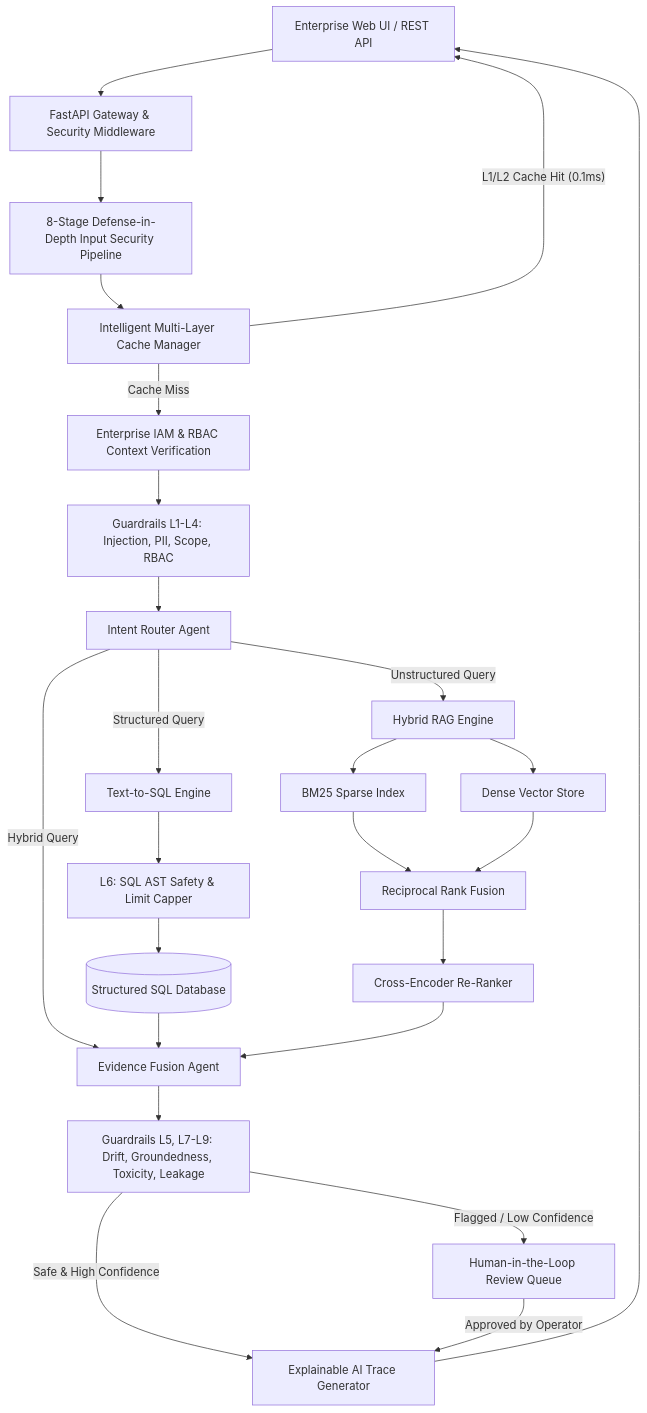
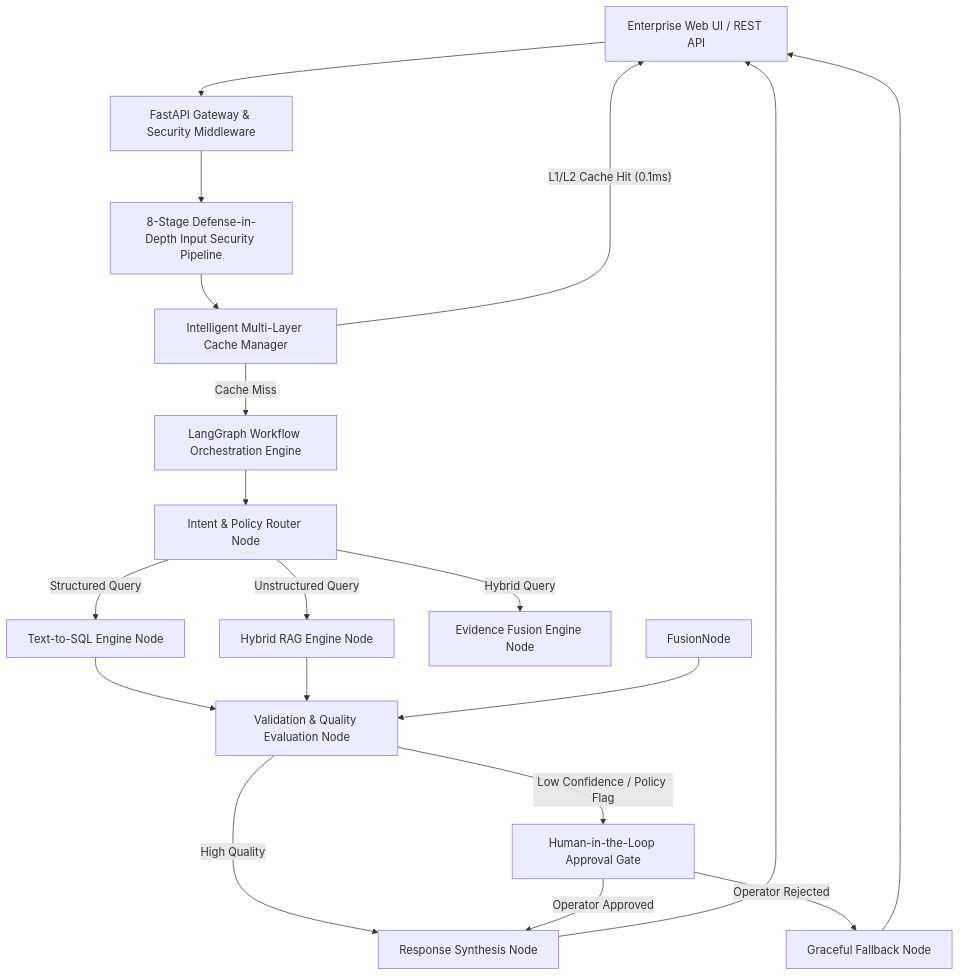
Before and after one commit to sreeram0343/ragtune: the first of 2 diagrams in README.md, drawn with Mermaid. The commit also changed other lines of this file, not shown here.

Commit message:
docs: update README with LangGraph Workflow Orchestration Engine architecture, state machine diagrams, and HITL resumption flows

````diff
--- a/README.md
+++ b/README.md
@@ -38,36 +40,28 @@
 ```mermaid
 graph TD
     Client[Enterprise Web UI / REST API] --> Gateway[FastAPI Gateway & Security Middleware]
     Gateway --> SecurityPipeline[8-Stage Defense-in-Depth Input Security Pipeline]
     SecurityPipeline --> CacheManager[Intelligent Multi-Layer Cache Manager]
     
     CacheManager -- L1/L2 Cache Hit (0.1ms) --> Client
-    CacheManager -- Cache Miss --> IAM[Enterprise IAM & RBAC Context Verification]
+    CacheManager -- Cache Miss --> OrchestrationEngine[LangGraph Workflow Orchestration Engine]
     
-    IAM --> G_Pre[Guardrails L1-L4: Injection, PII, Scope, RBAC]
-    G_Pre --> Router[Intent Router Agent]
+    OrchestrationEngine --> Router[Intent & Policy Router Node]
     
-    Router -->|Structured Query| SQLAgent[Text-to-SQL Engine]
-    Router -->|Unstructured Query| RAGAgent[Hybrid RAG Engine]
-    Router -->|Hybrid Query| FusionAgent[Evidence Fusion Agent]
+    Router -->|Structured Query| SQLAgent[Text-to-SQL Engine Node]
+    Router -->|Unstructured Query| RAGAgent[Hybrid RAG Engine Node]
+    Router -->|Hybrid Query| FusionAgent[Evidence Fusion Engine Node]
     
-    SQLAgent --> SQLGuard[L6: SQL AST Safety & Limit Capper]
-    SQLGuard --> DB[(Structured SQL Database)]
+    SQLAgent --> EvaluationNode[Validation & Quality Evaluation Node]
+    RAGAgent --> EvaluationNode
+    FusionNode --> EvaluationNode
     
-    RAGAgent --> BM25[BM25 Sparse Index]
-    RAGAgent --> Dense[Dense Vector Store]
-    BM25 --> RRF[Reciprocal Rank Fusion]
-    Dense --> RRF
-    RRF --> ReRanker[Cross-Encoder Re-Ranker]
+    EvaluationNode -- High Quality --> SynthesisNode[Response Synthesis Node]
+    EvaluationNode -- Low Confidence / Policy Flag --> HITLGate[Human-in-the-Loop Approval Gate]
     
-    DB --> FusionAgent
-    ReRanker --> FusionAgent
+    HITLGate -- Operator Approved --> SynthesisNode
+    HITLGate -- Operator Rejected --> FallbackNode[Graceful Fallback Node]
     
-    FusionAgent --> G_Post[Guardrails L5, L7-L9: Drift, Groundedness, Toxicity, Leakage]
-    
-    G_Post -- Safe & High Confidence --> XAI[Explainable AI Trace Generator]
-    G_Post -- Flagged / Low Confidence --> HITL[Human-in-the-Loop Review Queue]
-    
-    HITL -- Approved by Operator --> XAI
-    XAI --> Client
+    SynthesisNode --> Client
+    FallbackNode --> Client
 ```
````
